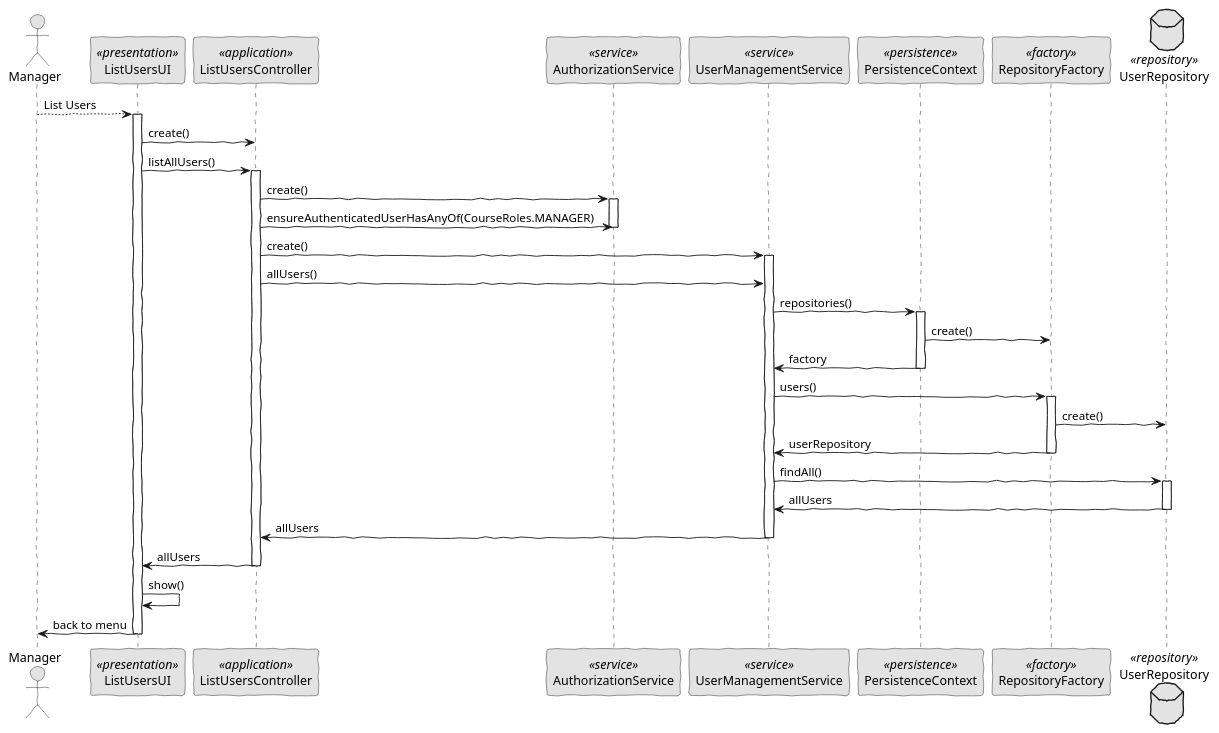
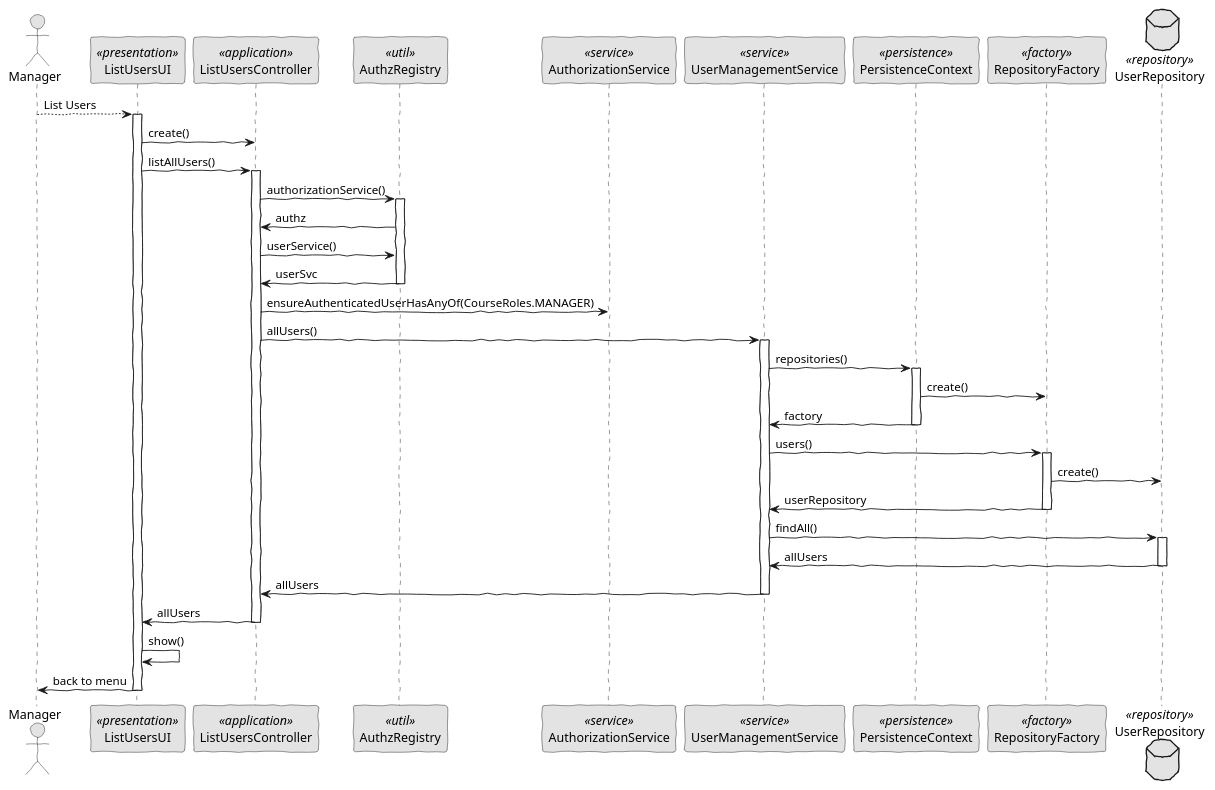
The diagram in docs/SPRINT B/US_1001/SD/ListUsers-SD.puml (brunacosta03/sem4pi_22_23), drawn with PlantUML before and after one commit. The commit also changed 13 other files, not shown here.

Commit message:
docs: add AuthzRegistry to uml

```diff
--- a/docs/SPRINT B/US_1001/SD/ListUsers-SD.puml
+++ b/docs/SPRINT B/US_1001/SD/ListUsers-SD.puml
@@ -1,62 +1,66 @@
 @startuml
 'http://plantuml.com/skinparam.html
 skinparam handwritten true
 skinparam monochrome true
 skinparam packageStyle rect
 skinparam defaultFontName FG Virgil
 skinparam shadowing false
 
 actor Manager as Actor
 participant ListUsersUI as UI <<presentation>>
 participant ListUsersController as Controller <<application>>
+participant AuthzRegistry as Registry <<util>>
 participant AuthorizationService as AuthzService <<service>>
 participant UserManagementService as Service <<service>>
 participant PersistenceContext as Persistence <<persistence>>
 participant RepositoryFactory as Factory <<factory>>
 database UserRepository as Repository <<repository>>
 
 
 Actor --> UI: List Users
 activate UI
     UI -> Controller: create()
 
     UI -> Controller: listAllUsers()
     activate Controller
 
-    Controller -> AuthzService: create()
-    activate AuthzService
+    Controller -> Registry: authorizationService()
+    activate Registry
+    Registry -> Controller: authz
+    Controller -> Registry: userService()
+    Registry -> Controller: userSvc
+    deactivate Registry
+
     Controller -> AuthzService: ensureAuthenticatedUserHasAnyOf(CourseRoles.MANAGER)
-    deactivate AuthzService
 
-    Controller -> Service: create()
+
+    Controller -> Service: allUsers()
     activate Service
-    Controller -> Service: allUsers()
-
 
         Service -> Persistence: repositories()
         activate Persistence
         Persistence -> Factory: create()
         Persistence -> Service: factory
         deactivate Persistence
 
         Service -> Factory: users()
         activate Factory
         Factory -> Repository: create()
         Factory -> Service: userRepository
         deactivate Factory
 
         Service -> Repository: findAll()
         activate Repository
         Repository -> Service: allUsers
         deactivate Repository
 
         Service -> Controller: allUsers
         deactivate Service
         Controller -> UI: allUsers
         deactivate Controller
         
         UI -> UI: show()
         UI -> Actor: back to menu
 
 deactivate UI
 @enduml
```
